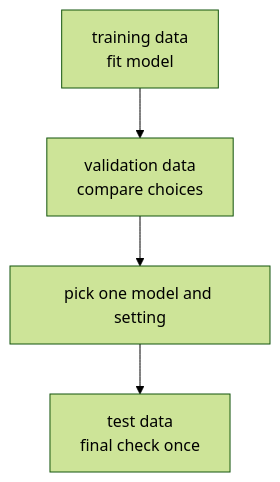
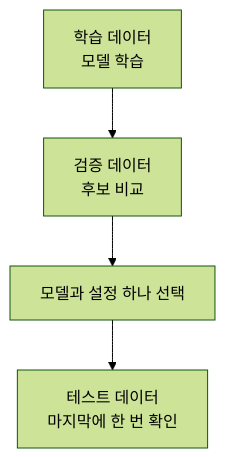
The first of 3 diagrams in docs/parts/part-04/chapter-04/section-02.md (devchan64/AiBook), drawn with Mermaid (forest theme) before and after one commit. The commit also changed other lines of this file and 72 other files, not shown here.

````diff
--- a/docs/parts/part-04/chapter-04/section-02.md
+++ b/docs/parts/part-04/chapter-04/section-02.md
@@ -83,11 +83,11 @@
 ```mermaid
 flowchart TB
-  A["training data<br/>fit model"]
-  B["validation data<br/>compare choices"]
-  C["pick one model and setting"]
-  D["test data<br/>final check once"]
+  A["학습 데이터<br/>모델 학습"]
+  B["검증 데이터<br/>후보 비교"]
+  C["모델과 설정 하나 선택"]
+  D["테스트 데이터<br/>마지막에 한 번 확인"]
 
   A --> B
   B --> C
   C --> D
 ```
````
